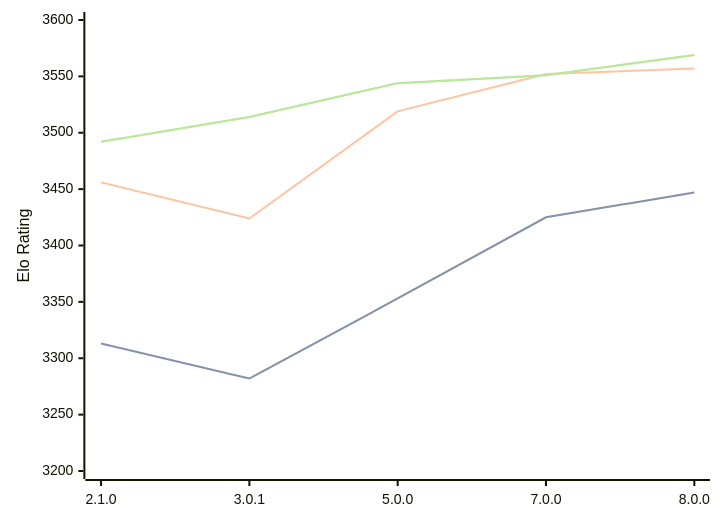
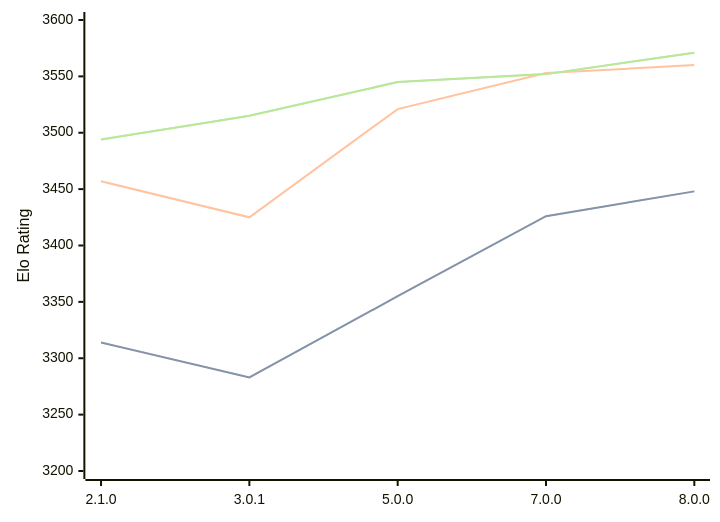
Before and after one commit to computer-chess-index/cci: the diagram in engines/PlentyChess.md, drawn with Mermaid. The commit also changed other lines of this file, not shown here.

Commit message:
Update CCI Ratings (ELO VLTC) - 2026-08-15

````diff
--- a/engines/PlentyChess.md
+++ b/engines/PlentyChess.md
@@ -37,11 +37,11 @@
 ```mermaid
 %%{init: {"theme":"base","themeVariables":{"seriesColors:['#a3a3a3','#222221','#faa371']}}}%%
 xychart-beta
   x-axis ["2.1.0", "3.0.1", "5.0.0", "7.0.0", "8.0.0"]
   y-axis "Elo Rating" 3200 --> 3600
-  line "STC (8.0+0.08s)" [3313, 3282, 3353, 3425, 3447]
-  line "STC (8.0+0.08s)" [3313, 3282, 3353, 3425, 3447]
-  line "LTC (60.0+0.60s)" [3456, 3424, 3519, 3552, 3557]
-  line "VLTC (2m24s+1.12s)" [3492, 3514, 3544, 3551, 3569]
-  line "VLTC (2m24s+1.12s)" [3492, 3514, 3544, 3551, 3569]
+  line "STC (8.0+0.08s)" [3314, 3283, 3355, 3426, 3448]
+  line "STC (8.0+0.08s)" [3314, 3283, 3355, 3426, 3448]
+  line "LTC (60.0+0.60s)" [3457, 3425, 3521, 3553, 3560]
+  line "VLTC (2m24s+1.12s)" [3494, 3515, 3545, 3552, 3571]
+  line "VLTC (2m24s+1.12s)" [3494, 3515, 3545, 3552, 3571]
 ```
````
